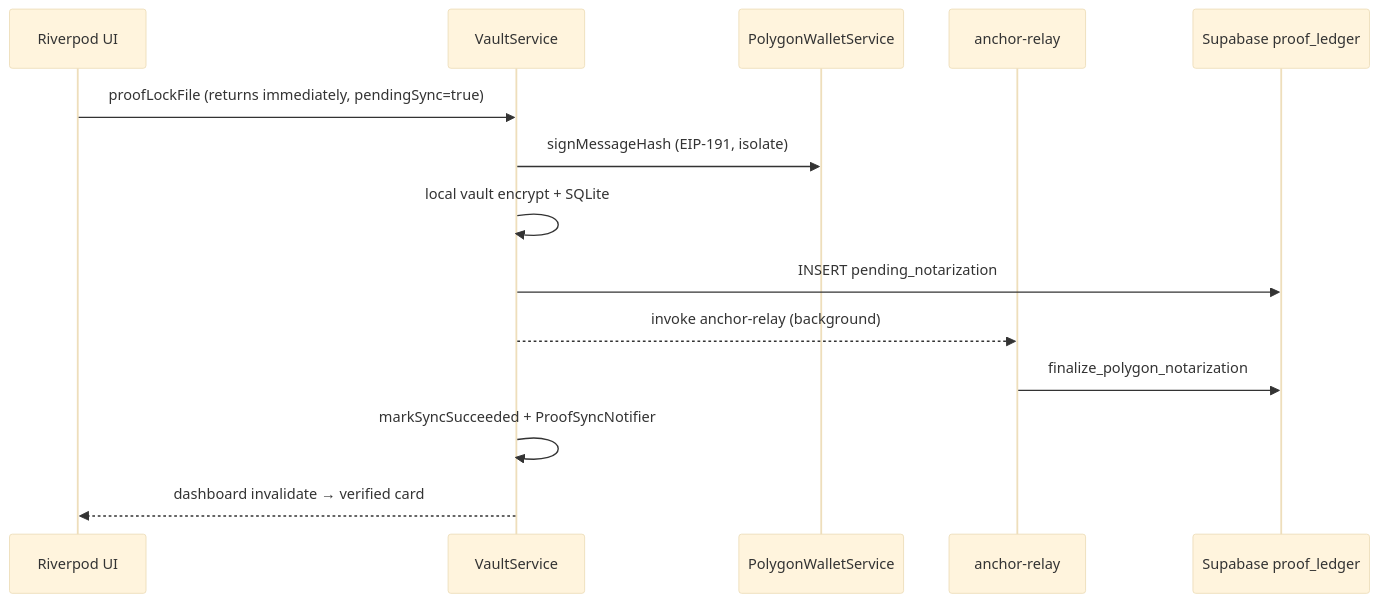
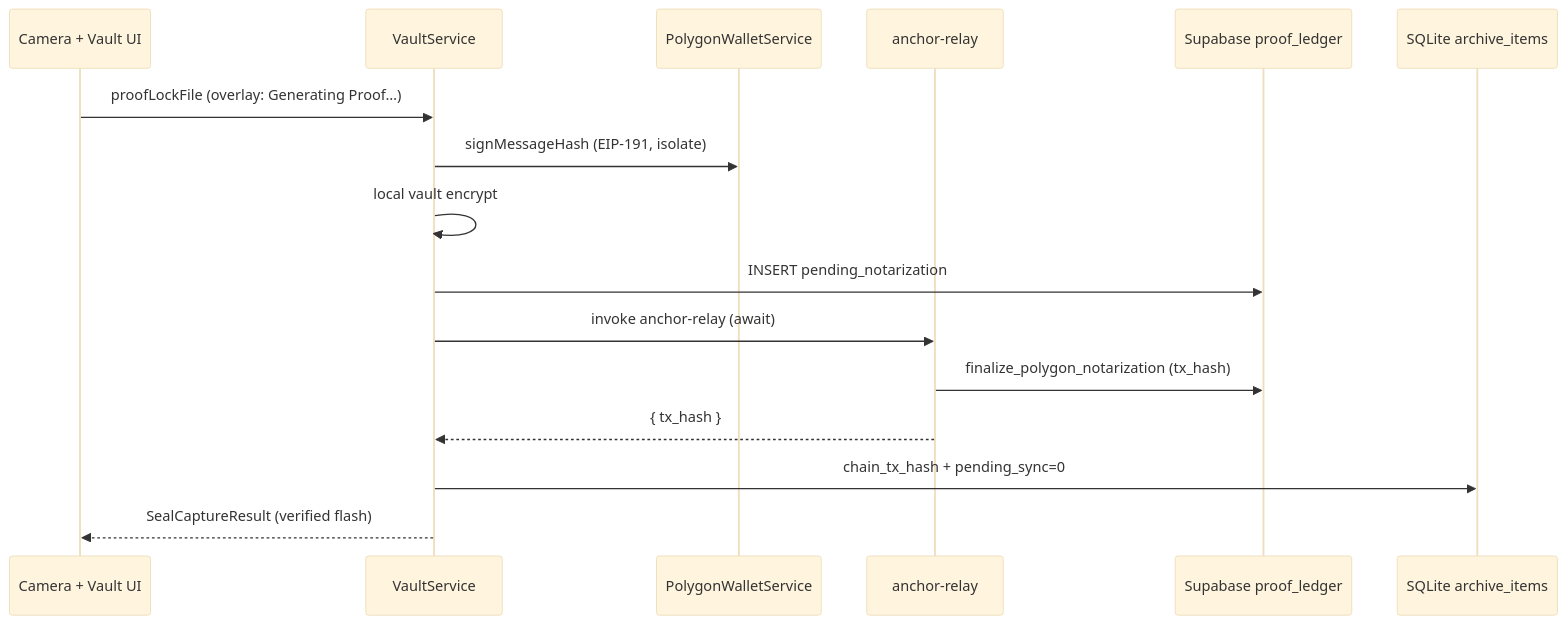
One commit to PensorCTO/SnapSeal changed the diagram in wiki/analyses/Polygon_Saga_Live.md. Above: the diagram before and after it, drawn with Mermaid (base theme). The commit also changed other lines of this file and 21 other files, not shown here.

First line of the commit message:
Fix proof progress UX and certificate ledger tx hash after QA regression.

````diff
--- a/wiki/analyses/Polygon_Saga_Live.md
+++ b/wiki/analyses/Polygon_Saga_Live.md
@@ -16,17 +28,19 @@
 ```mermaid
 sequenceDiagram
-    participant UI as Riverpod UI
+    participant UI as Camera + Vault UI
     participant VS as VaultService
     participant WS as PolygonWalletService
     participant ER as anchor-relay
     participant DB as Supabase proof_ledger
+    participant SQL as SQLite archive_items
 
-    UI->>VS: proofLockFile (returns immediately, pendingSync=true)
+    UI->>VS: proofLockFile (overlay: Generating Proof…)
     VS->>WS: signMessageHash (EIP-191, isolate)
-    VS->>VS: local vault encrypt + SQLite
+    VS->>VS: local vault encrypt
     VS->>DB: INSERT pending_notarization
-    VS-->>ER: invoke anchor-relay (background)
-    ER->>DB: finalize_polygon_notarization
-    VS->>VS: markSyncSucceeded + ProofSyncNotifier
-    VS-->>UI: dashboard invalidate → verified card
+    VS->>ER: invoke anchor-relay (await)
+    ER->>DB: finalize_polygon_notarization (tx_hash)
+    ER-->>VS: { tx_hash }
+    VS->>SQL: chain_tx_hash + pending_sync=0
+    VS-->>UI: SealCaptureResult (verified flash)
 ```
````
